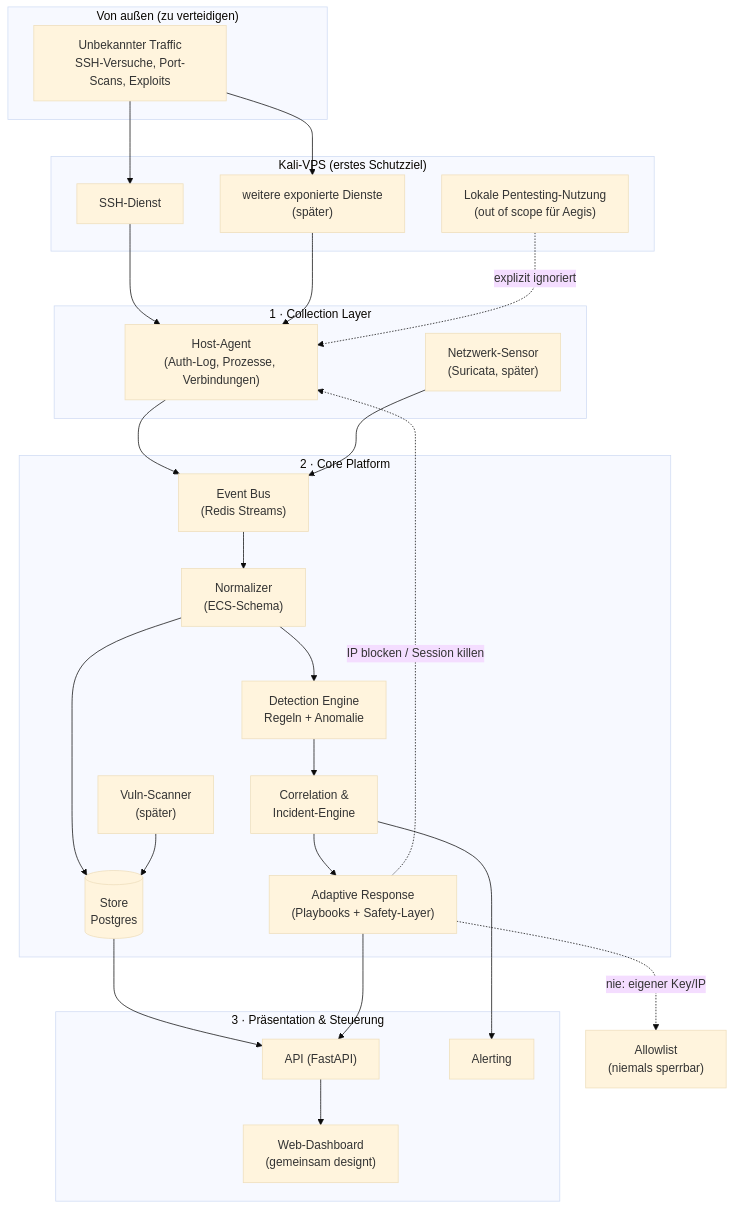
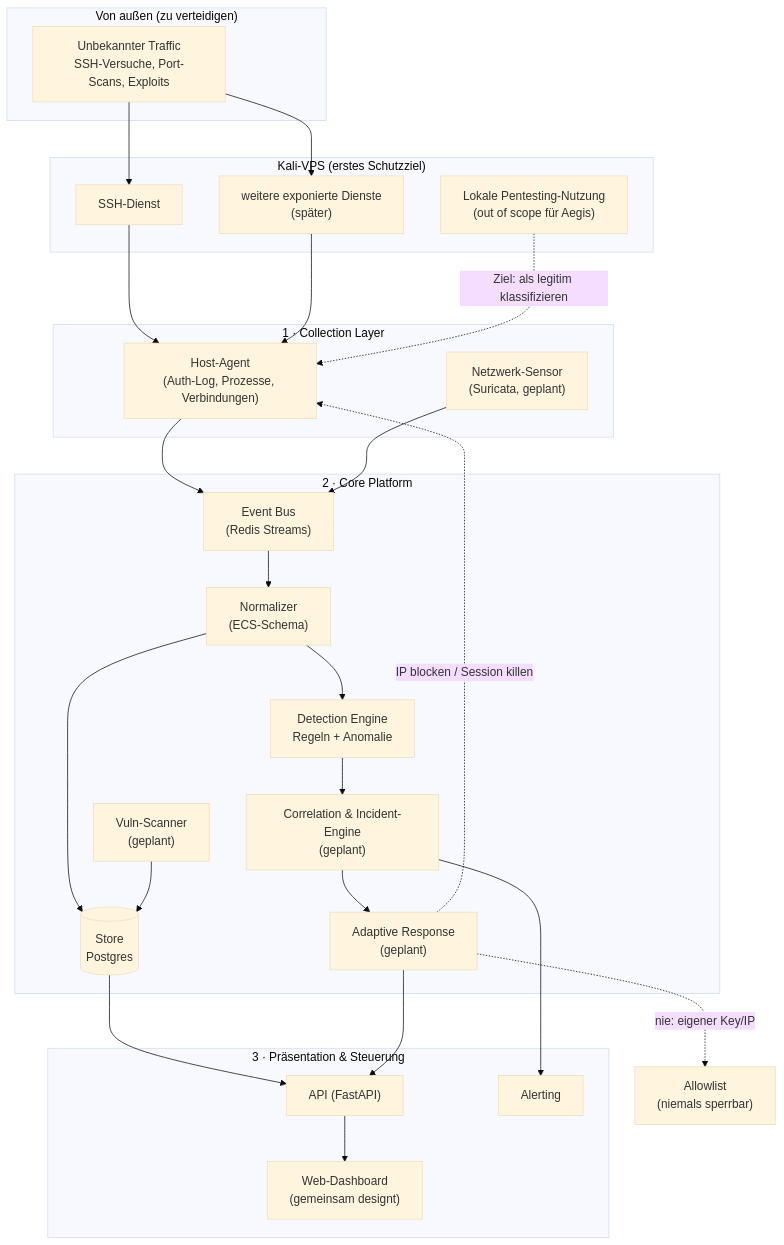
Before and after one commit to olesorgenfrey/Security-system: the diagram in docs/architecture.md, drawn with Mermaid (base theme). The commit also changed other lines of this file and 59 other files, not shown here.

````diff
--- a/docs/architecture.md
+++ b/docs/architecture.md
@@ -60,47 +64,47 @@
 ```mermaid
 flowchart TB
     subgraph Outside["Von außen (zu verteidigen)"]
         ATT["Unbekannter Traffic<br/>SSH-Versuche, Port-Scans, Exploits"]
     end
 
     subgraph KaliVPS["Kali-VPS (erstes Schutzziel)"]
         SSHD["SSH-Dienst"]
         SVC["weitere exponierte Dienste<br/>(später)"]
         LOCAL["Lokale Pentesting-Nutzung<br/>(out of scope für Aegis)"]
     end
 
     subgraph Collect["1 · Collection Layer"]
         A["Host-Agent<br/>(Auth-Log, Prozesse, Verbindungen)"]
-        S["Netzwerk-Sensor<br/>(Suricata, später)"]
+        S["Netzwerk-Sensor<br/>(Suricata, geplant)"]
     end
 
     subgraph Core["2 · Core Platform"]
         BUS["Event Bus<br/>(Redis Streams)"]
         NORM["Normalizer<br/>(ECS-Schema)"]
         STORE[("Store<br/>Postgres")]
         DET["Detection Engine<br/>Regeln + Anomalie"]
-        CORR["Correlation &<br/>Incident-Engine"]
-        SOAR["Adaptive Response<br/>(Playbooks + Safety-Layer)"]
-        VULN["Vuln-Scanner<br/>(später)"]
+        CORR["Correlation & Incident-Engine<br/>(geplant)"]
+        SOAR["Adaptive Response<br/>(geplant)"]
+        VULN["Vuln-Scanner<br/>(geplant)"]
     end
 
     subgraph UI["3 · Präsentation & Steuerung"]
         API["API (FastAPI)"]
         DASH["Web-Dashboard<br/>(gemeinsam designt)"]
         NOTIF["Alerting"]
     end
 
     ATT --> SSHD --> A
     ATT --> SVC --> A
-    LOCAL -.explizit ignoriert.-> A
+    LOCAL -."Ziel: als legitim klassifizieren".-> A
     A --> BUS
     S --> BUS
     BUS --> NORM --> STORE
     NORM --> DET --> CORR --> SOAR
     VULN --> STORE
     CORR --> NOTIF
     STORE --> API --> DASH
     SOAR --> API
     SOAR -.IP blocken / Session killen.-> A
     SOAR -."nie": eigener Key/IP.-> ALLOW["Allowlist<br/>(niemals sperrbar)"]
 ```
````
